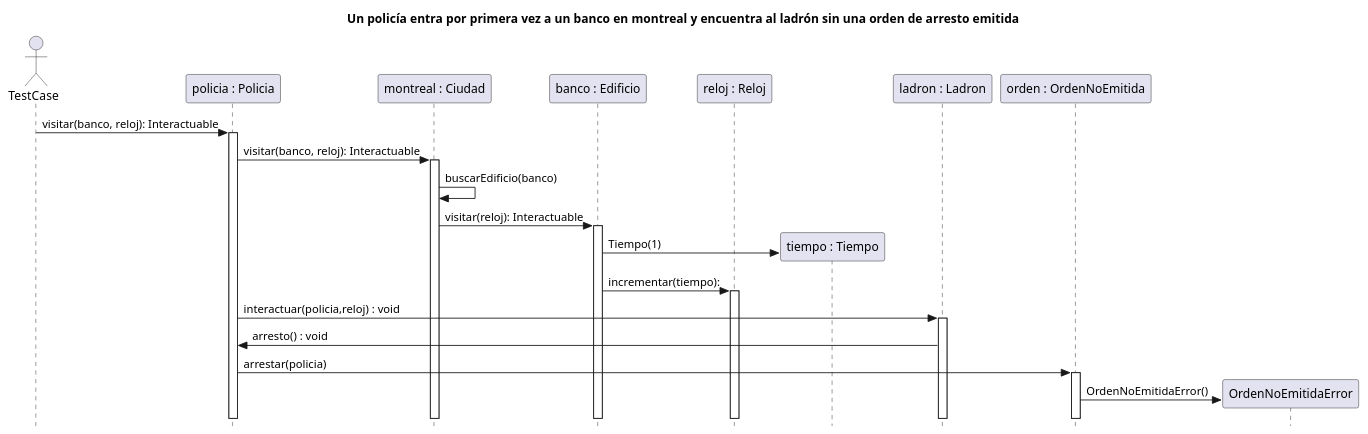
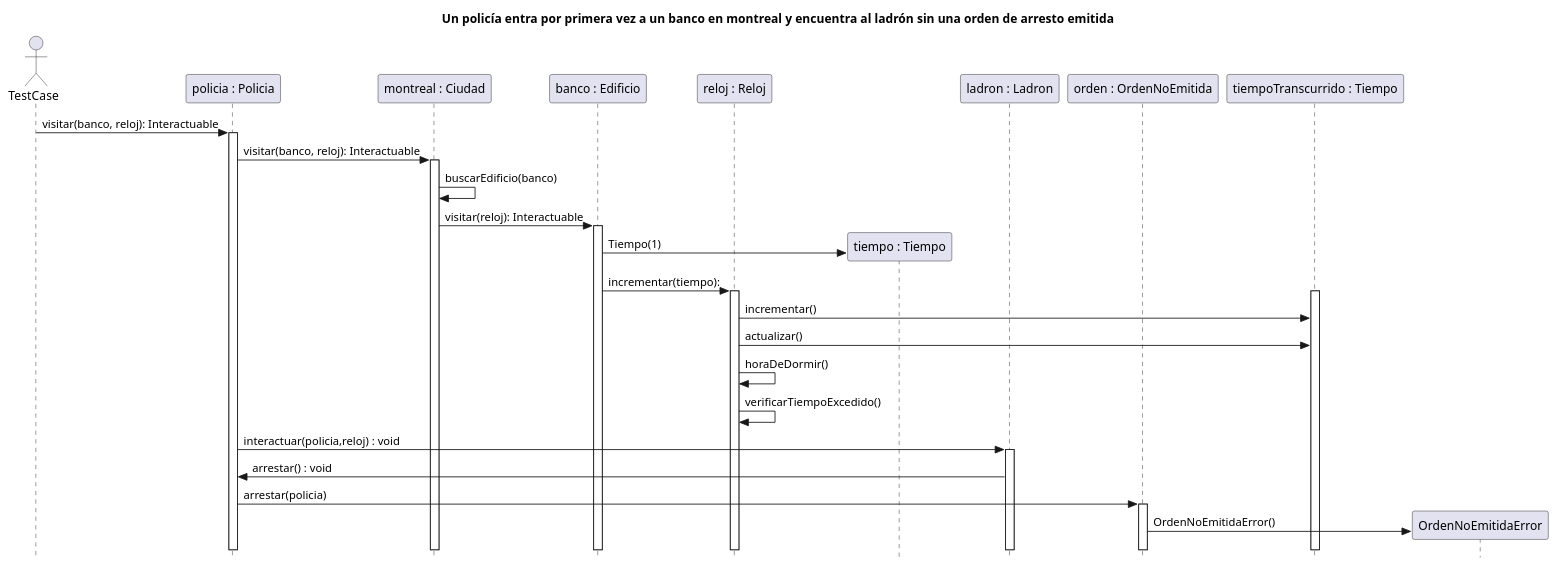
One commit to martinanus/algo3_tp2 changed the diagram in diagrams/sequences/PoliciaEncuentraAlLadronSinOrdenDeArrestoEmitida.plantuml. Above: the diagram before and after it, drawn with PlantUML. The commit also changed 4 other files, not shown here.

Commit message:
Se avanzan diagramas de secuencias

```diff
--- a/diagrams/sequences/PoliciaEncuentraAlLadronSinOrdenDeArrestoEmitida.plantuml
+++ b/diagrams/sequences/PoliciaEncuentraAlLadronSinOrdenDeArrestoEmitida.plantuml
@@ -1,31 +1,36 @@
 @startuml
 skinparam style strictuml
 title:  Un policía entra por primera vez a un banco en montreal y encuentra al ladrón sin una orden de arresto emitida
 actor TestCase
 
 participant "policia : Policia" as policia
 participant "montreal : Ciudad" as ciudad
 participant "banco : Edificio" as banco
 participant "reloj : Reloj" as reloj
 participant "tiempo : Tiempo" as tiempo
 participant "ladron : Ladron" as ladron
 participant "orden : OrdenNoEmitida" as ordenArresto
+participant "tiempoTranscurrido : Tiempo" as tiempoTranscurrido
 
 TestCase -> policia: visitar(banco, reloj): Interactuable
 activate policia
 policia -> ciudad: visitar(banco, reloj): Interactuable
 activate ciudad
 ciudad -> ciudad: buscarEdificio(banco)
 ciudad -> banco: visitar(reloj): Interactuable
 activate banco
 banco -> tiempo ** : Tiempo(1)
 banco -> reloj: incrementar(tiempo):
 activate reloj
+activate tiempoTranscurrido
+reloj -> tiempoTranscurrido:incrementar()
+reloj -> tiempoTranscurrido:actualizar()
+reloj -> reloj:horaDeDormir()
+reloj -> reloj: verificarTiempoExcedido()
 policia -> ladron : interactuar(policia,reloj) : void
 activate ladron
-ladron -> policia : arresto() : void
+ladron -> policia : arrestar() : void
 policia -> ordenArresto : arrestar(policia)
 activate ordenArresto
 ordenArresto -> OrdenNoEmitidaError ** : OrdenNoEmitidaError()
-
 @enduml
```
